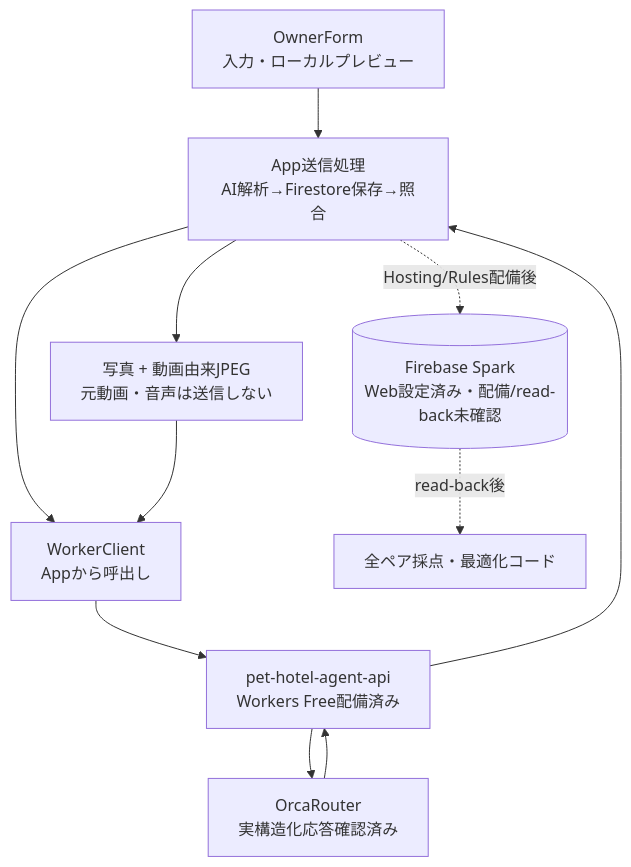
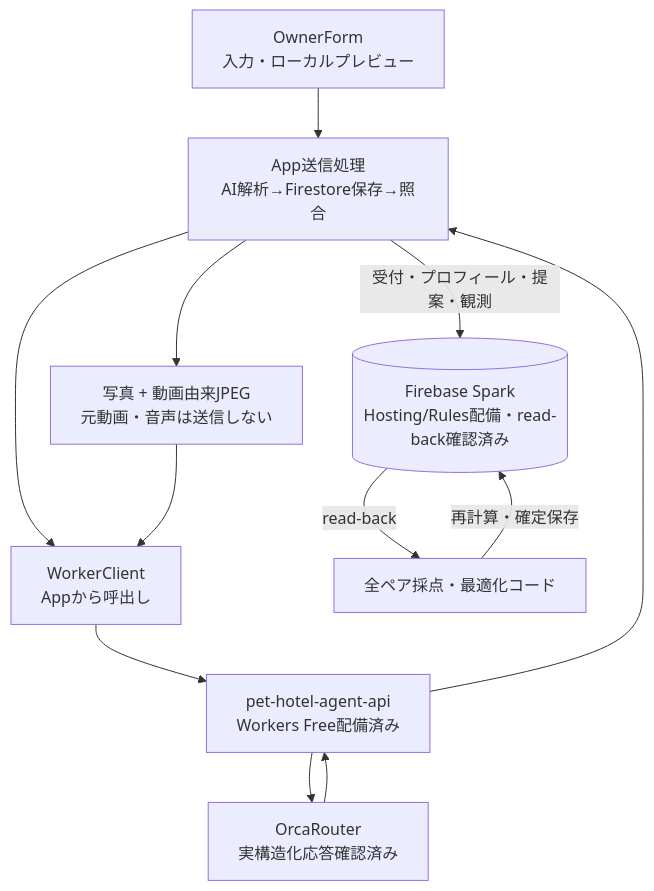
One commit to NoSea41oceanV/AI-HACK-2020609 changed the second of 2 diagrams in docs/アーキテクチャ図.md. Above: the diagram before and after it, drawn with Mermaid. The commit also changed other lines of this file and 8 other files, not shown here.

```diff
--- a/docs/アーキテクチャ図.md
+++ b/docs/アーキテクチャ図.md
@@ -38,22 +38,23 @@
 ~~~mermaid
 flowchart TB
     Form[OwnerForm<br/>入力・ローカルプレビュー]
     App[App送信処理<br/>AI解析→Firestore保存→照合]
-    Firebase[(Firebase Spark<br/>Web設定済み・配備/read-back未確認)]
+    Firebase[(Firebase Spark<br/>Hosting/Rules配備・read-back確認済み)]
     WorkerClient[WorkerClient<br/>Appから呼出し]
     Frame[写真 + 動画由来JPEG<br/>元動画・音声は送信しない]
     Worker[pet-hotel-agent-api<br/>Workers Free配備済み]
     Orca[OrcaRouter<br/>実構造化応答確認済み]
     Matcher[全ペア採点・最適化コード]
 
     Form --> App
     App --> WorkerClient
     App --> Frame
     Frame --> WorkerClient
     WorkerClient --> Worker
     Worker --> Orca
     Orca --> Worker
     Worker --> App
-    App -. Hosting/Rules配備後 .-> Firebase
-    Firebase -. read-back後 .-> Matcher
+    App -->|受付・プロフィール・提案・観測| Firebase
+    Firebase -->|read-back| Matcher
+    Matcher -->|再計算・確定保存| Firebase
 ~~~
```
